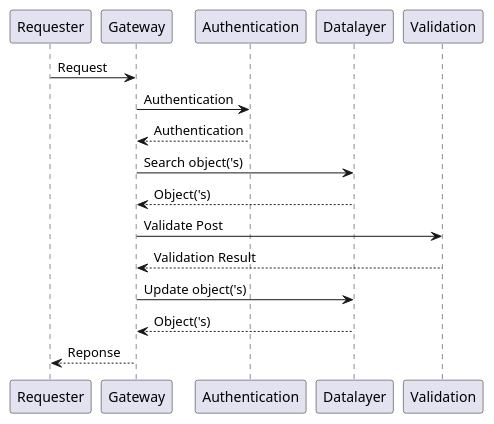
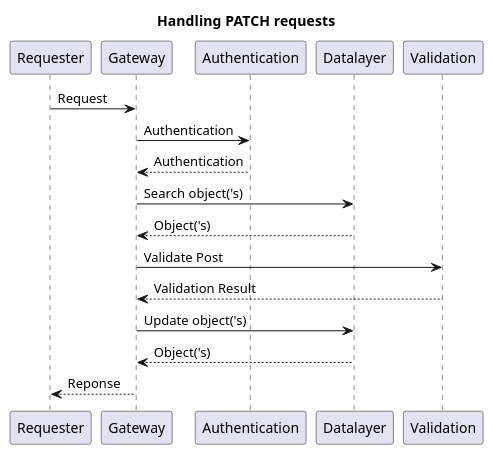
Before and after one commit to CommonGateway/CoreBundle: the diagram in docs/features/request_patch.puml, drawn with PlantUML. The commit also changed 4 other files, not shown here.

```diff
--- a/docs/features/request_patch.puml
+++ b/docs/features/request_patch.puml
@@ -1,12 +1,13 @@
 @startuml
+title: Handling PATCH requests
 Requester -> Gateway: Request
 Gateway -> Authentication  : Authentication
 Authentication --> Gateway  : Authentication
 Gateway -> Datalayer : Search object('s)
 Datalayer --> Gateway: Object('s)
 Gateway -> Validation : Validate Post
 Validation --> Gateway: Validation Result
 Gateway -> Datalayer : Update object('s)
 Datalayer --> Gateway: Object('s)
 Gateway --> Requester: Reponse
 @enduml
```
